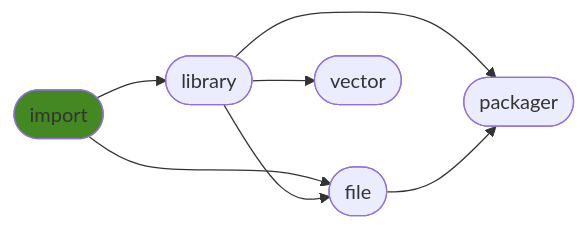
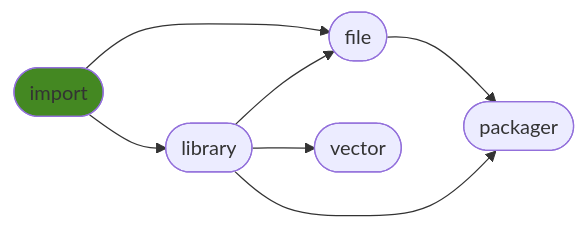
One commit to ManderaGeneral/generalimport changed the diagram in README.md. Above: the diagram before and after it, drawn with Mermaid. The commit also changed other lines of this file, not shown here.

````diff
--- a/README.md
+++ b/README.md
@@ -28,15 +28,15 @@
 ```mermaid
 flowchart LR
-1([library]) --> 4([packager])
+1([library]) --> 3([vector])
 2([file]) --> 4([packager])
 0([import]) --> 2([file])
-1([library]) --> 3([vector])
 0([import]) --> 1([library])
 1([library]) --> 2([file])
+1([library]) --> 4([packager])
 click 0 "https://github.com/ManderaGeneral/generalimport"
 click 1 "https://github.com/ManderaGeneral/generallibrary"
 click 2 "https://github.com/ManderaGeneral/generalfile"
 click 3 "https://github.com/ManderaGeneral/generalvector"
 click 4 "https://github.com/ManderaGeneral/generalpackager"
 style 0 fill:#482
 ```
````
